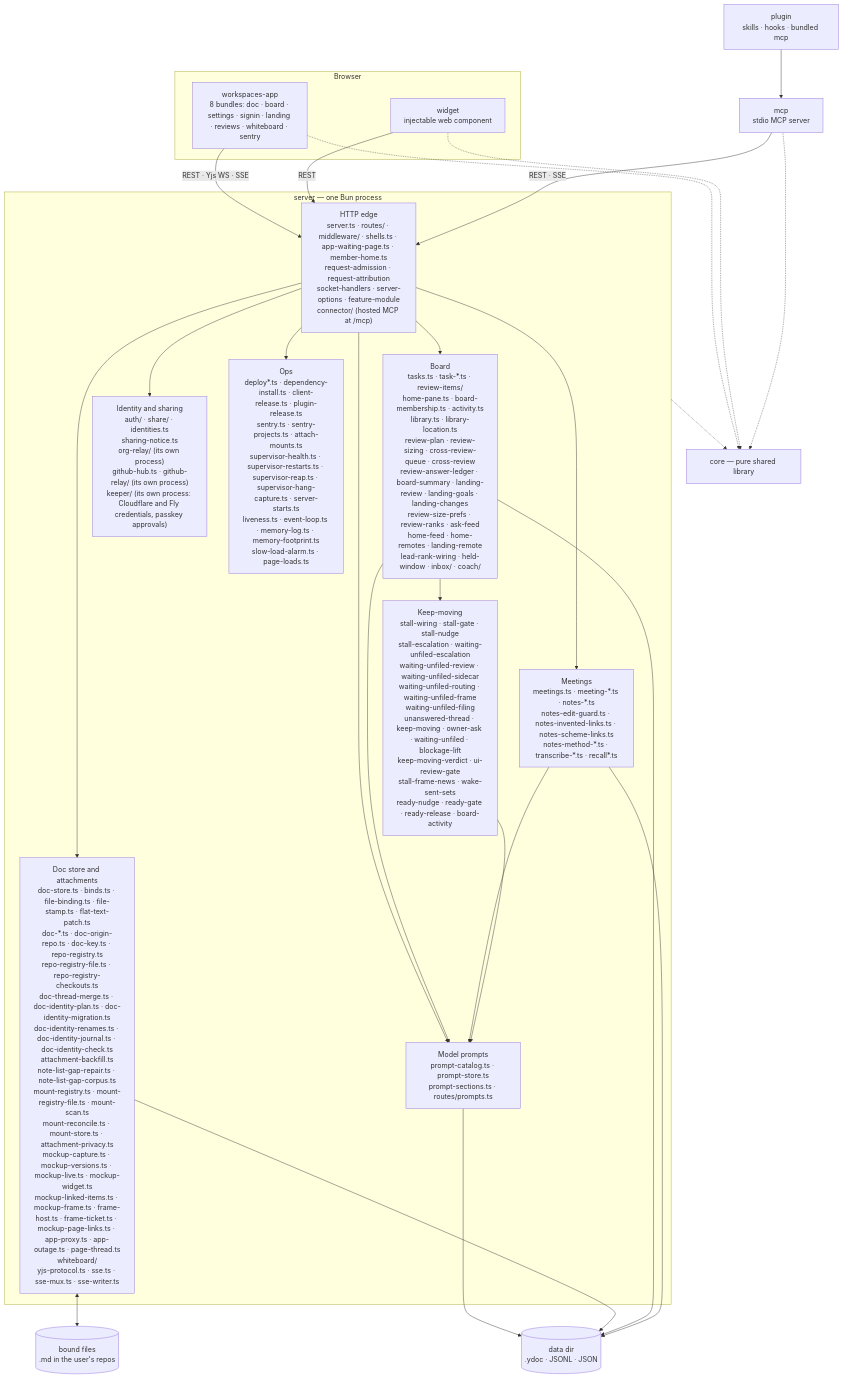
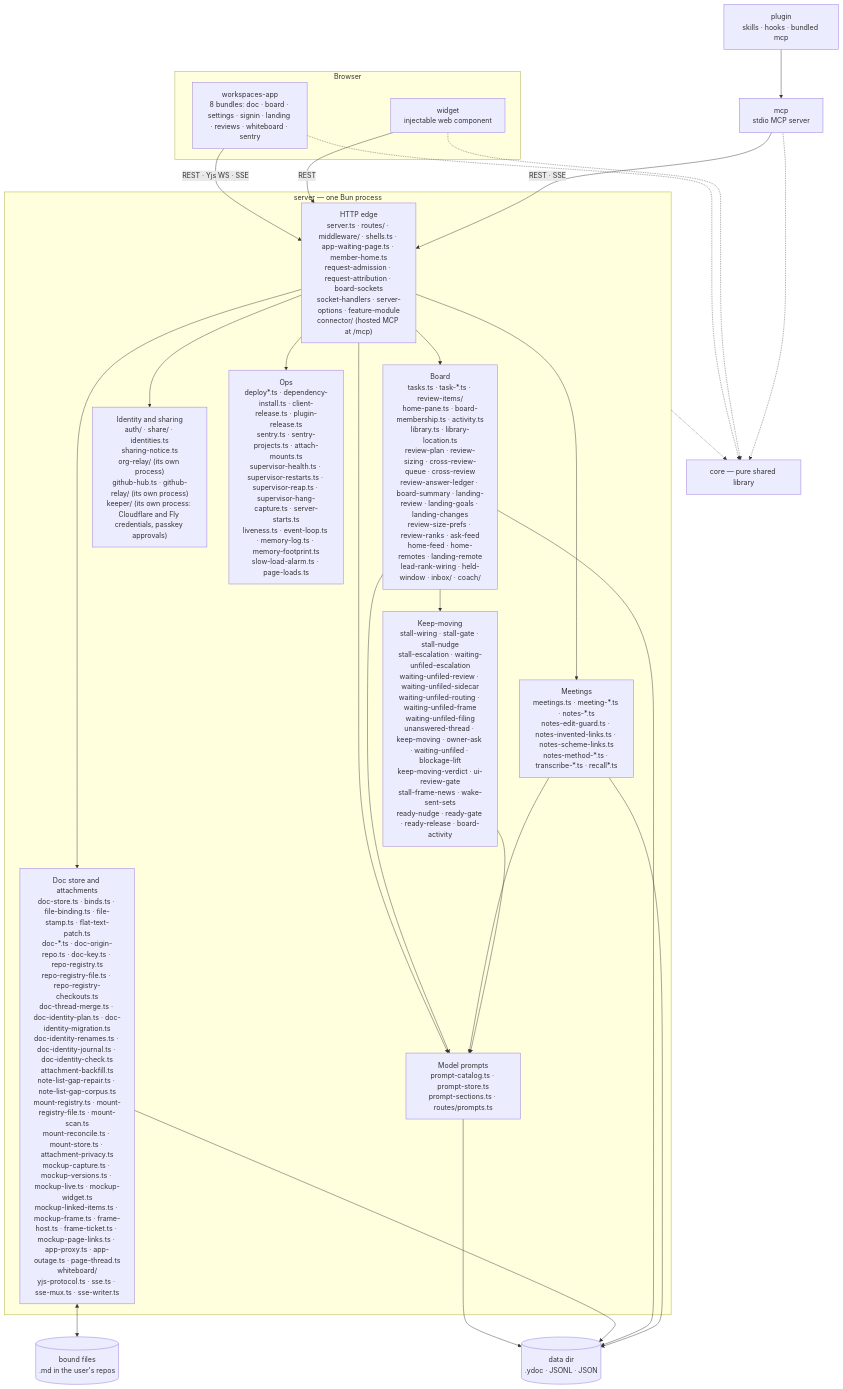
One commit to fryanpan/claude-workspaces-plugin changed the first of 2 diagrams in docs/architecture/overview.md. Above: the diagram before and after it, drawn with Mermaid. The commit also changed other lines of this file and 21 other files, not shown here.

First line of the commit message:
A sandboxed lead reaches only its own board, through that board's own unix socket (option G) (#1386)

````diff
--- a/docs/architecture/overview.md
+++ b/docs/architecture/overview.md
@@ -45,35 +45,35 @@
 ```mermaid
 flowchart TB
   subgraph browser[Browser]
     app["workspaces-app<br/>8 bundles: doc · board · settings · signin · landing · reviews · whiteboard · sentry"]
     wid["widget<br/>injectable web component"]
   end
   plug["plugin<br/>skills · hooks · bundled mcp"]
   mcp["mcp<br/>stdio MCP server"]
   subgraph srv["server — one Bun process"]
-    edge["HTTP edge<br/>server.ts · routes/ · middleware/ · shells.ts · app-waiting-page.ts · member-home.ts<br/>request-admission · request-attribution<br/>socket-handlers · server-options · feature-module<br/>connector/ (hosted MCP at /mcp)"]
+    edge["HTTP edge<br/>server.ts · routes/ · middleware/ · shells.ts · app-waiting-page.ts · member-home.ts<br/>request-admission · request-attribution · board-sockets<br/>socket-handlers · server-options · feature-module<br/>connector/ (hosted MCP at /mcp)"]
     docs["Doc store and attachments<br/>doc-store.ts · binds.ts · file-binding.ts · file-stamp.ts · flat-text-patch.ts<br/>doc-*.ts · doc-origin-repo.ts · doc-key.ts · repo-registry.ts<br/>repo-registry-file.ts · repo-registry-checkouts.ts<br/>doc-thread-merge.ts · doc-identity-plan.ts · doc-identity-migration.ts<br/>doc-identity-renames.ts · doc-identity-journal.ts · doc-identity-check.ts<br/>attachment-backfill.ts<br/>note-list-gap-repair.ts · note-list-gap-corpus.ts<br/>mount-registry.ts · mount-registry-file.ts · mount-scan.ts<br/>mount-reconcile.ts · mount-store.ts · attachment-privacy.ts<br/>mockup-capture.ts · mockup-versions.ts · mockup-live.ts · mockup-widget.ts<br/>mockup-linked-items.ts · mockup-frame.ts · frame-host.ts · frame-ticket.ts · mockup-page-links.ts · app-proxy.ts · app-outage.ts · page-thread.ts<br/>whiteboard/<br/>yjs-protocol.ts · sse.ts · sse-mux.ts · sse-writer.ts"]
     board["Board<br/>tasks.ts · task-*.ts · review-items/<br/>home-pane.ts · board-membership.ts · activity.ts<br/>library.ts · library-location.ts<br/>review-plan · review-sizing · cross-review-queue · cross-review<br/>review-answer-ledger · board-summary · landing-review · landing-goals · landing-changes<br/>review-size-prefs · review-ranks · ask-feed<br/>home-feed · home-remotes · landing-remote<br/>lead-rank-wiring · held-window · inbox/ · coach/"]
     meet["Meetings<br/>meetings.ts · meeting-*.ts · notes-*.ts<br/>notes-edit-guard.ts · notes-invented-links.ts · notes-scheme-links.ts<br/>notes-method-*.ts · transcribe-*.ts · recall*.ts"]
     keep["Keep-moving<br/>stall-wiring · stall-gate · stall-nudge<br/>stall-escalation · waiting-unfiled-escalation<br/>waiting-unfiled-review · waiting-unfiled-sidecar<br/>waiting-unfiled-routing · waiting-unfiled-frame<br/>waiting-unfiled-filing<br/>unanswered-thread · keep-moving · owner-ask · waiting-unfiled · blockage-lift<br/>keep-moving-verdict · ui-review-gate<br/>stall-frame-news · wake-sent-sets<br/>ready-nudge · ready-gate · ready-release · board-activity"]
     ident["Identity and sharing<br/>auth/ · share/ · identities.ts<br/>sharing-notice.ts<br/>org-relay/ (its own process)<br/>github-hub.ts · github-relay/ (its own process)<br/>keeper/ (its own process: Cloudflare and Fly credentials, passkey approvals)"]
     prompts["Model prompts<br/>prompt-catalog.ts · prompt-store.ts<br/>prompt-sections.ts · routes/prompts.ts"]
     ops["Ops<br/>deploy*.ts · dependency-install.ts · client-release.ts · plugin-release.ts<br/>sentry.ts · sentry-projects.ts · attach-mounts.ts<br/>supervisor-health.ts · supervisor-restarts.ts · supervisor-reap.ts · supervisor-hang-capture.ts · server-starts.ts<br/>liveness.ts · event-loop.ts · memory-log.ts · memory-footprint.ts<br/>slow-load-alarm.ts · page-loads.ts"]
   end
   core["core — pure shared library"]
   disk[("data dir<br/>.ydoc · JSONL · JSON")]
   files[("bound files<br/>.md in the user's repos")]
 
   app -->|"REST · Yjs WS · SSE"| edge
   wid -->|REST| edge
   plug --> mcp
   mcp -->|"REST · SSE"| edge
   edge --> docs & board & meet & ident & ops & prompts
   board & meet & keep --> prompts
   prompts --> disk
   board --> keep
   docs <--> files
   docs & board & meet --> disk
   app & wid & mcp -.-> core
   srv -.-> core
 ```
````
